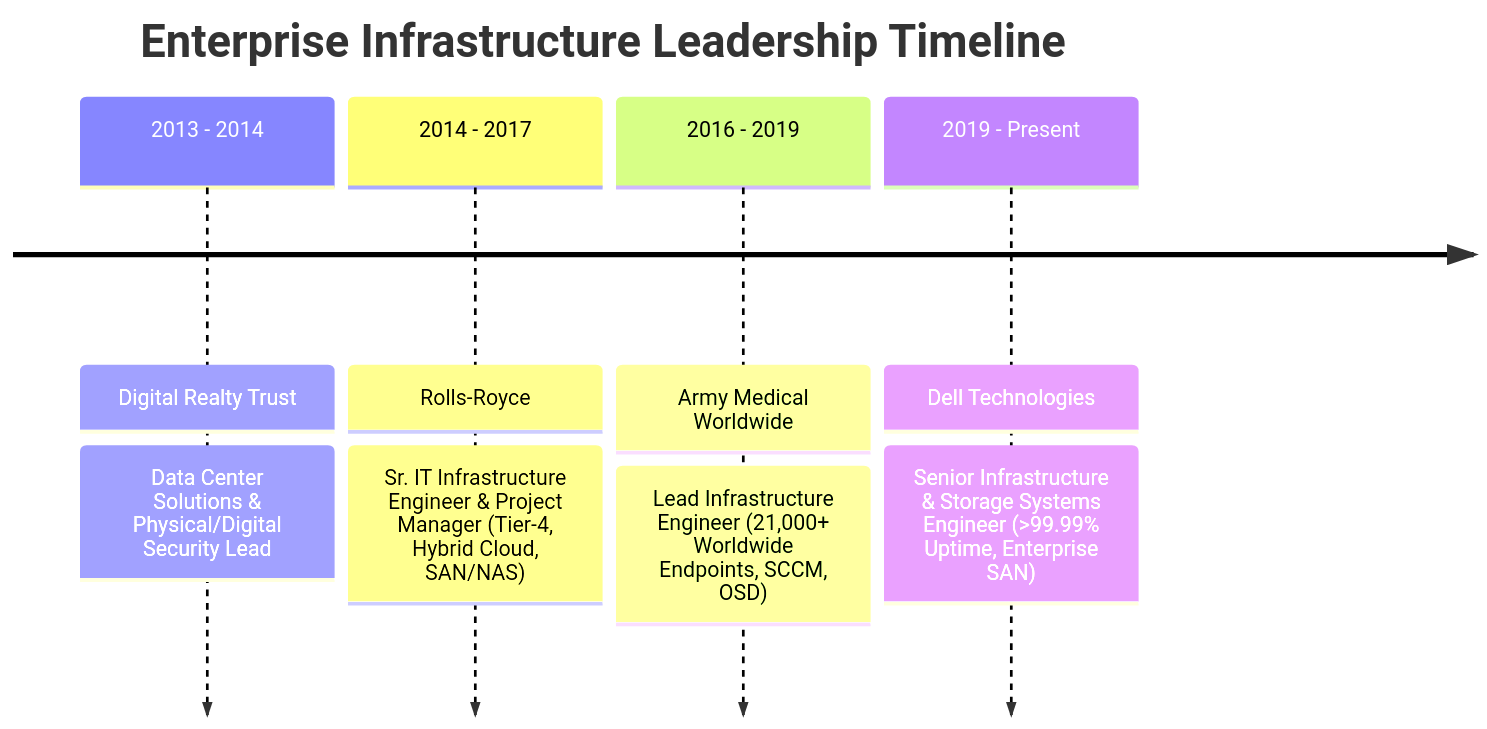
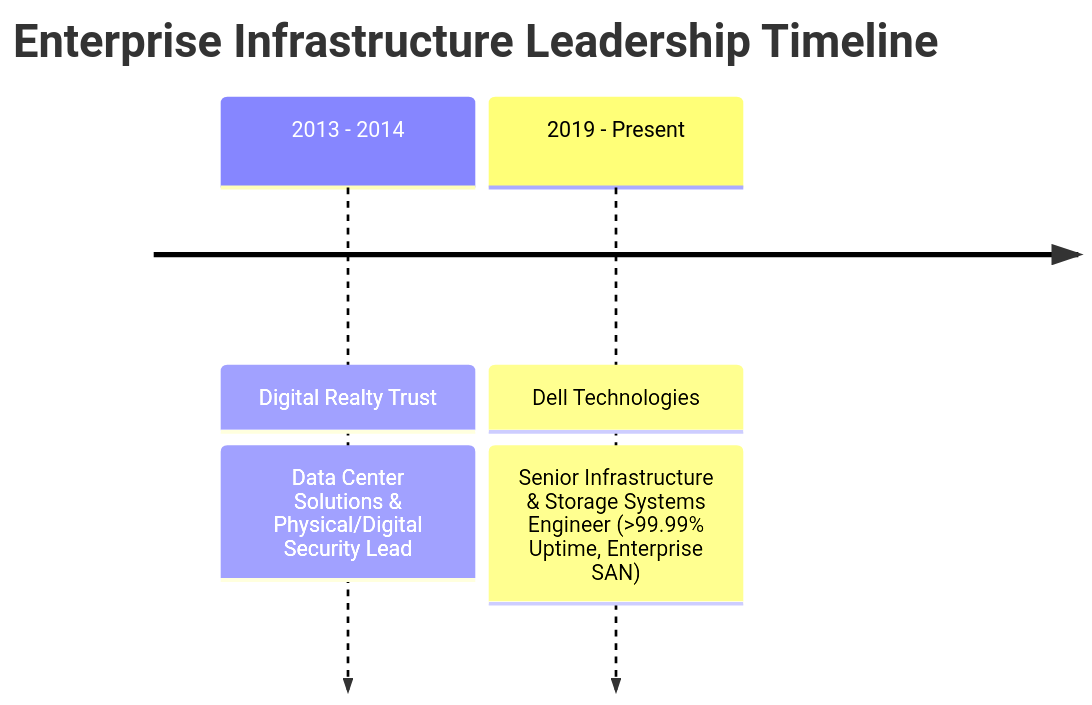
The diagram in README.md (Chammin00/Chammin00), drawn with Mermaid before and after one commit. The commit also changed other lines of this file and 2 other files, not shown here.

Commit message:
refactor: remove Rolls-Royce and Army Medical references across portfolio and interview materials

````diff
--- a/README.md
+++ b/README.md
@@ -120,8 +120,6 @@
 ```mermaid
 timeline
     title Enterprise Infrastructure Leadership Timeline
     2013 - 2014 : Digital Realty Trust : Data Center Solutions & Physical/Digital Security Lead
-    2014 - 2017 : Rolls-Royce : Sr. IT Infrastructure Engineer & Project Manager (Tier-4, Hybrid Cloud, SAN/NAS)
-    2016 - 2019 : Army Medical Worldwide : Lead Infrastructure Engineer (21,000+ Worldwide Endpoints, SCCM, OSD)
     2019 - Present : Dell Technologies : Senior Infrastructure & Storage Systems Engineer (>99.99% Uptime, Enterprise SAN)
 ```
````
